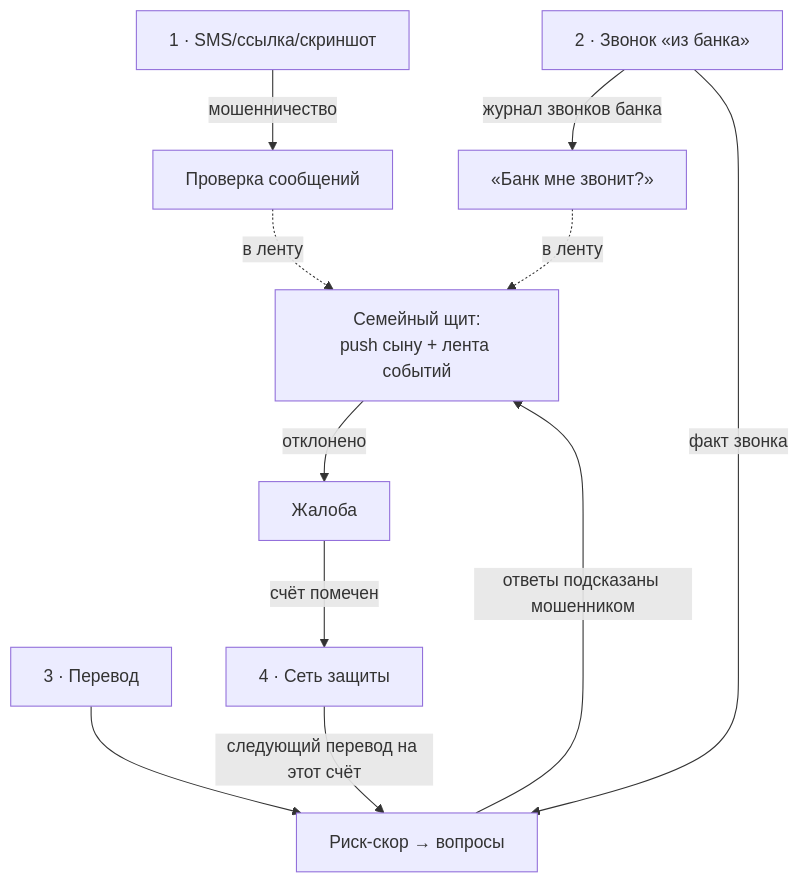
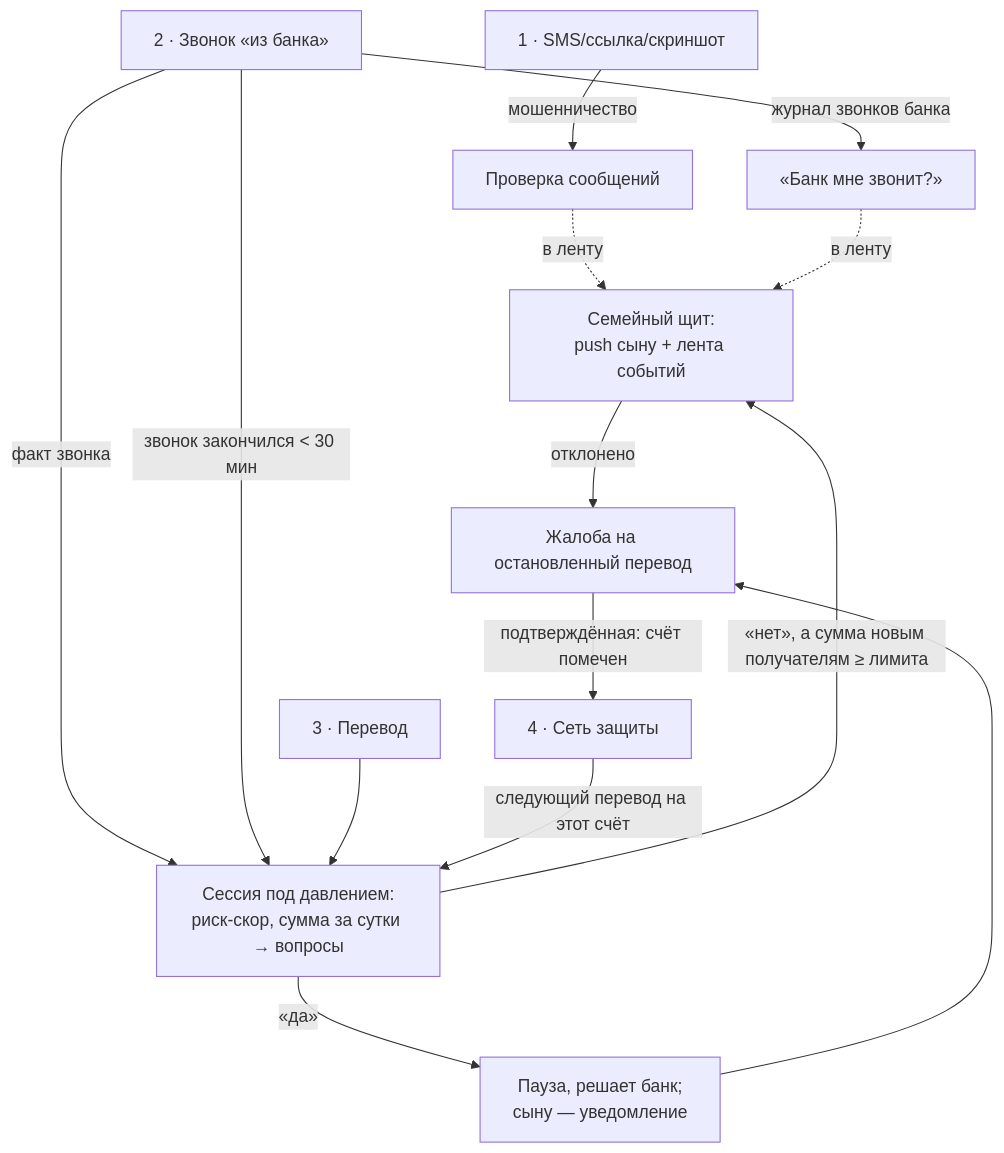
The second of 2 diagrams in docs/ARCHITECTURE.md (adiletpn/Qaqpan), drawn with Mermaid before and after one commit. The commit also changed other lines of this file and 5 other files, not shown here.

````diff
--- a/docs/ARCHITECTURE.md
+++ b/docs/ARCHITECTURE.md
@@ -36,13 +36,16 @@
 ```mermaid
 flowchart TB
   A["1 · SMS/ссылка/скриншот"] -->|мошенничество| S1["Проверка сообщений"]
   B["2 · Звонок «из банка»"] -->|журнал звонков банка| S2["«Банк мне звонит?»"]
   B -->|факт звонка| S3
-  C["3 · Перевод"] --> S3["Риск-скор → вопросы"]
-  S3 -->|ответы подсказаны мошенником| F["Семейный щит:<br/>push сыну + лента событий"]
+  B -->|звонок закончился < 30 мин| S3
+  C["3 · Перевод"] --> S3["Сессия под давлением:<br/>риск-скор, сумма за сутки → вопросы"]
+  S3 -->|«нет», а сумма новым получателям ≥ лимита| F["Семейный щит:<br/>push сыну + лента событий"]
+  S3 -->|«да»| H["Пауза, решает банк;<br/>сыну — уведомление"]
   S1 -. "в ленту" .-> F
   S2 -. "в ленту" .-> F
-  F -->|отклонено| J["Жалоба"]
-  J -->|счёт помечен| S4["4 · Сеть защиты"]
+  F -->|отклонено| J["Жалоба на остановленный перевод"]
+  H --> J
+  J -->|подтверждённая: счёт помечен| S4["4 · Сеть защиты"]
   S4 -->|следующий перевод на этот счёт| S3
 ```
````
